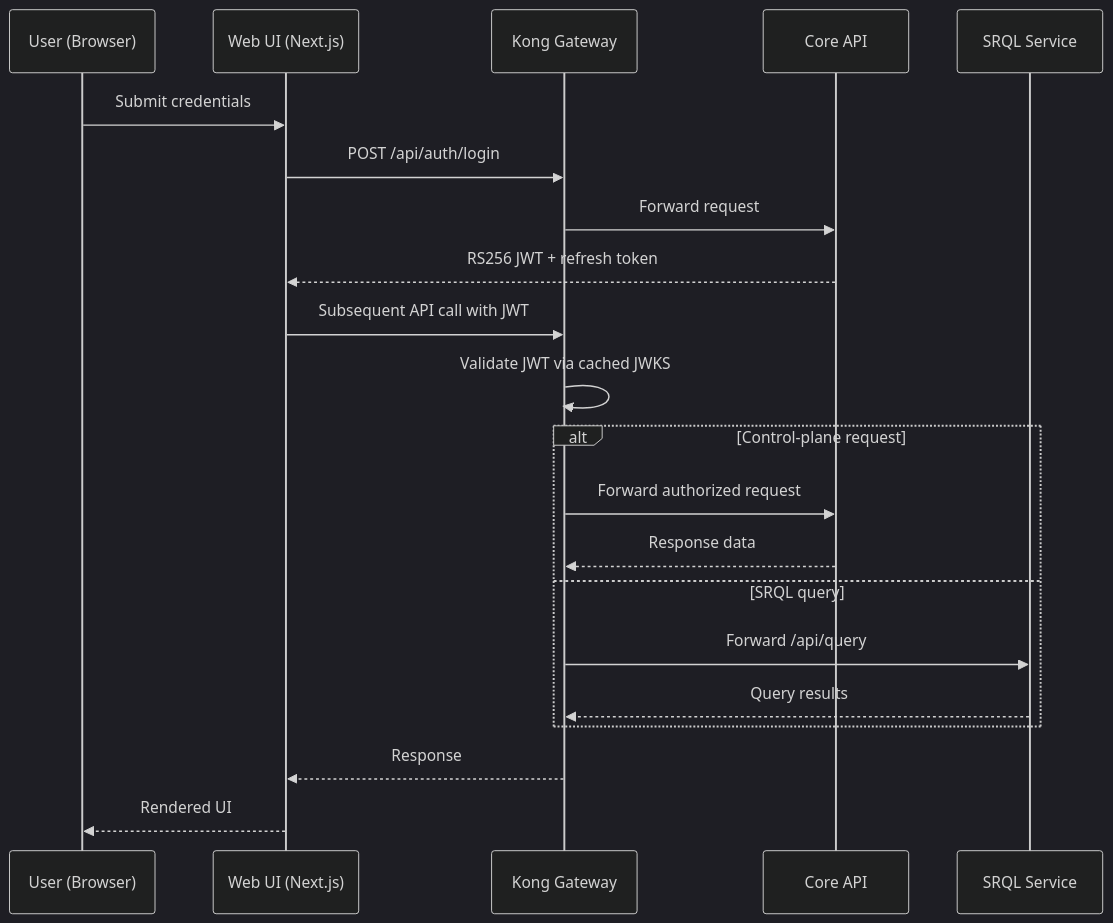
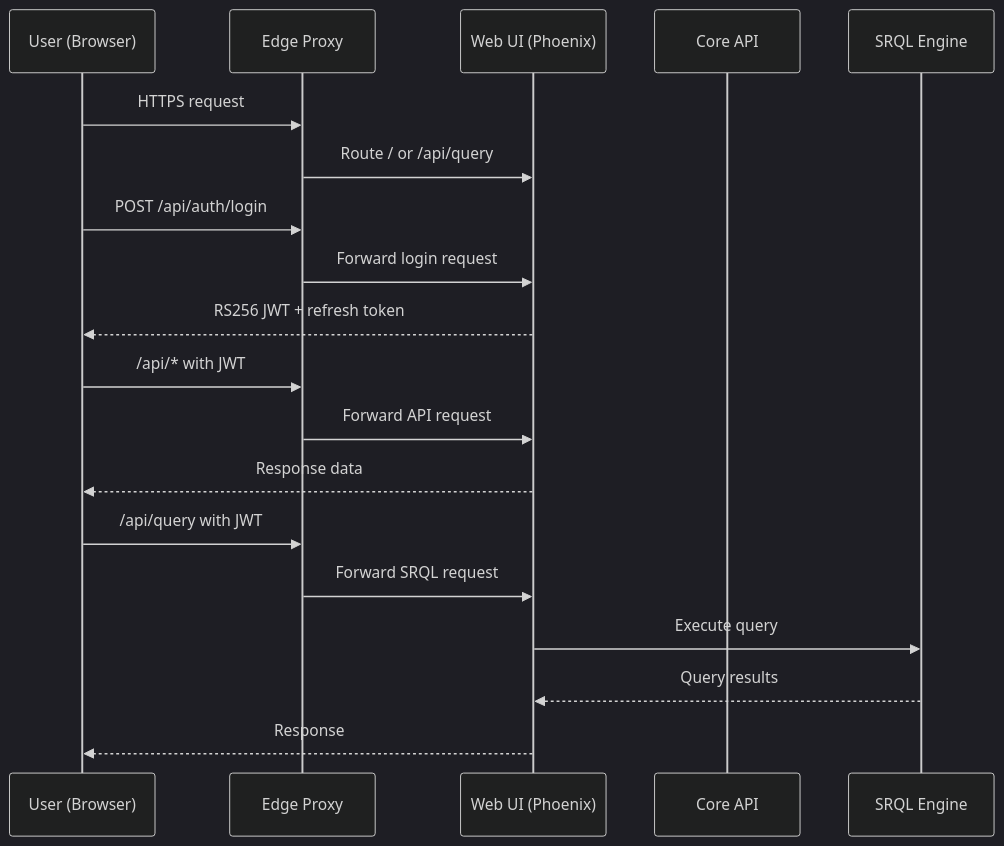
Before and after one commit to carverauto/serviceradar: the third of 6 diagrams in docs/docs/architecture.md, drawn with Mermaid (dark theme). The commit also changed other lines of this file and 125 other files, not shown here.

````diff
--- a/docs/docs/architecture.md
+++ b/docs/docs/architecture.md
@@ -267,24 +264,22 @@
 ```mermaid
 sequenceDiagram
     participant User as User (Browser)
-    participant WebUI as Web UI (Next.js)
-    participant Kong as Kong Gateway
+    participant Edge as Edge Proxy
+    participant WebUI as Web UI (Phoenix)
     participant Core as Core API
-    participant SRQL as SRQL Service
+    participant SRQL as SRQL Engine
 
-    User->>WebUI: Submit credentials
-    WebUI->>Kong: POST /api/auth/login
-    Kong->>Core: Forward request
-    Core-->>WebUI: RS256 JWT + refresh token
-    WebUI->>Kong: Subsequent API call with JWT
-    Kong->>Kong: Validate JWT via cached JWKS
-    alt Control-plane request
-        Kong->>Core: Forward authorized request
-        Core-->>Kong: Response data
-    else SRQL query
-        Kong->>SRQL: Forward /api/query
-        SRQL-->>Kong: Query results
-    end
-    Kong-->>WebUI: Response
-    WebUI-->>User: Rendered UI
+    User->>Edge: HTTPS request
+    Edge->>WebUI: Route / or /api/query
+    User->>Edge: POST /api/auth/login
+    Edge->>WebUI: Forward login request
+    WebUI-->>User: RS256 JWT + refresh token
+    User->>Edge: /api/* with JWT
+    Edge->>WebUI: Forward API request
+    WebUI-->>User: Response data
+    User->>Edge: /api/query with JWT
+    Edge->>WebUI: Forward SRQL request
+    WebUI->>SRQL: Execute query
+    SRQL-->>WebUI: Query results
+    WebUI-->>User: Response
 ```
````
